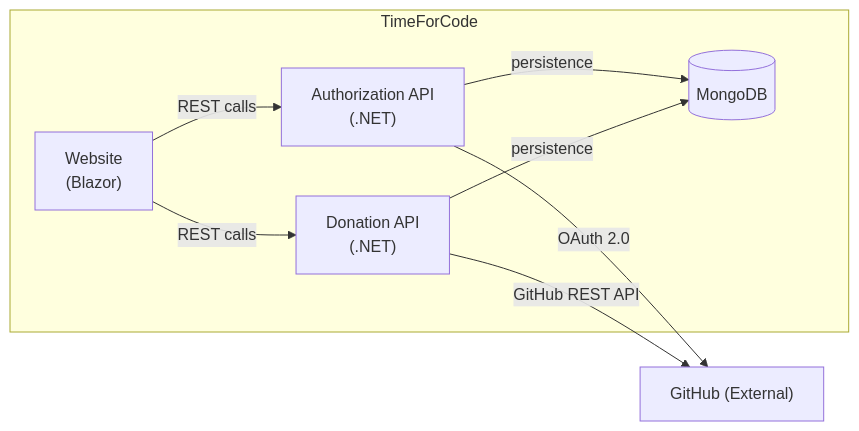
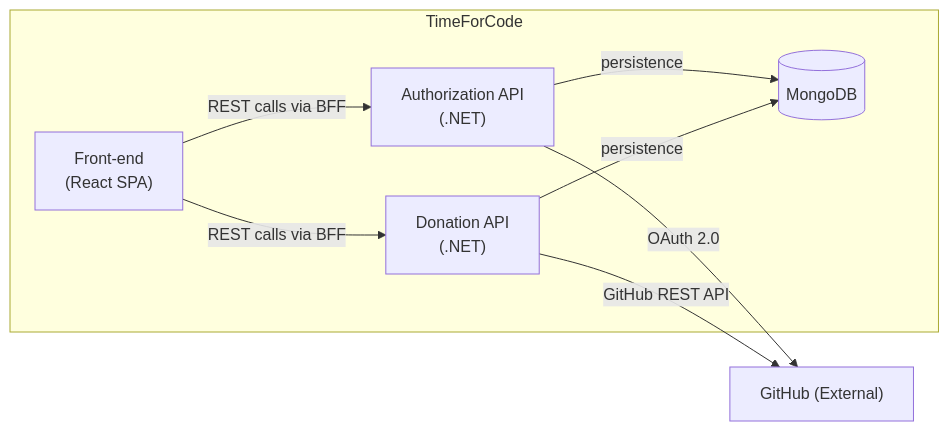
One commit to wouterfennis/TimeForCode changed the first of 3 diagrams in docs/architecture/arc42/05-building-block-view.md. Above: the diagram before and after it, drawn with Mermaid. The commit also changed other lines of this file and 142 other files, not shown here.

Commit message:
feat(frontend): scaffold the React SPA with lint, type-check and tests in CI (#110) (#116)

````diff
--- a/docs/architecture/arc42/05-building-block-view.md
+++ b/docs/architecture/arc42/05-building-block-view.md
@@ -15,18 +15,18 @@
 ```mermaid
 graph LR
     subgraph TimeForCode
-        Website["Website\n(Blazor)"]
+        Frontend["Front-end\n(React SPA)"]
         AuthAPI["Authorization API\n(.NET)"]
         DonationAPI["Donation API\n(.NET)"]
         MongoDB[("MongoDB")]
     end
 
     GitHub["GitHub (External)"]
 
-    Website -->|REST calls| AuthAPI
-    Website -->|REST calls| DonationAPI
+    Frontend -->|REST calls via BFF| AuthAPI
+    Frontend -->|REST calls via BFF| DonationAPI
     AuthAPI -->|OAuth 2.0| GitHub
     AuthAPI -->|persistence| MongoDB
     DonationAPI -->|GitHub REST API| GitHub
     DonationAPI -->|persistence| MongoDB
 ```
````
